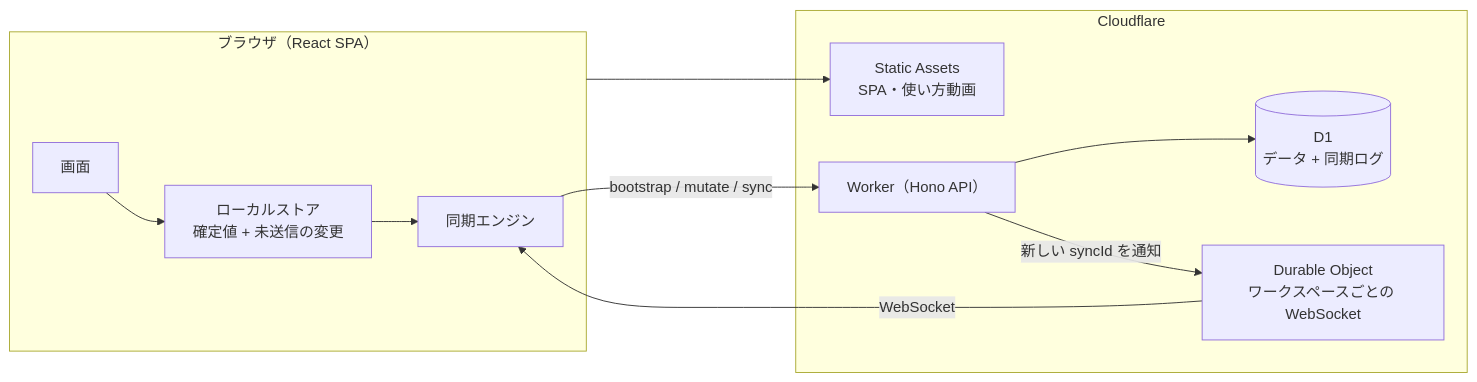
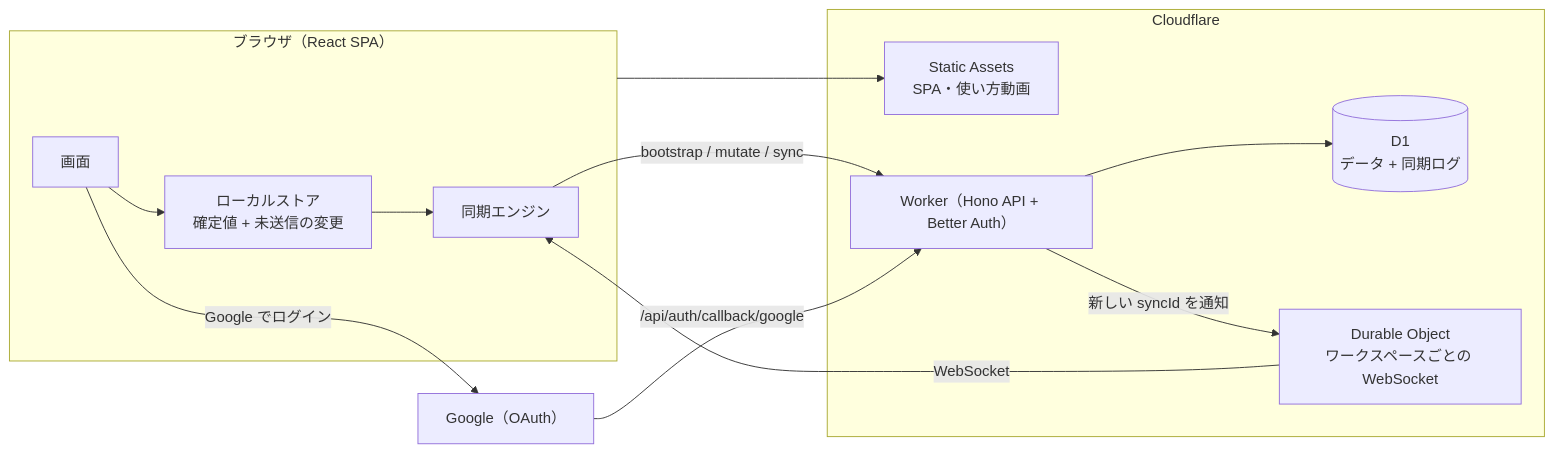
One commit to otomatty/sen changed the diagram in README.md. Above: the diagram before and after it, drawn with Mermaid. The commit also changed other lines of this file and 26 other files, not shown here.

First line of the commit message:
ログインを Google のみに（Better Auth） (#2)

````diff
--- a/README.md
+++ b/README.md
@@ -34,18 +35,19 @@
 ```mermaid
 flowchart LR
   subgraph Browser["ブラウザ（React SPA）"]
     UI["画面"] --> Store["ローカルストア<br/>確定値 + 未送信の変更"]
     Store --> Engine["同期エンジン"]
   end
   subgraph CF["Cloudflare"]
     Assets["Static Assets<br/>SPA・使い方動画"]
-    Worker["Worker（Hono API）"]
+    Worker["Worker（Hono API + Better Auth）"]
     D1[("D1<br/>データ + 同期ログ")]
     DO["Durable Object<br/>ワークスペースごとの WebSocket"]
   end
   Engine -- "bootstrap / mutate / sync" --> Worker
+  UI -- "Google でログイン" --> Google["Google（OAuth）"] -- "/api/auth/callback/google" --> Worker
   Worker --> D1
   Worker -- "新しい syncId を通知" --> DO
   DO -- "WebSocket" --> Engine
   Browser --> Assets
 ```
````
